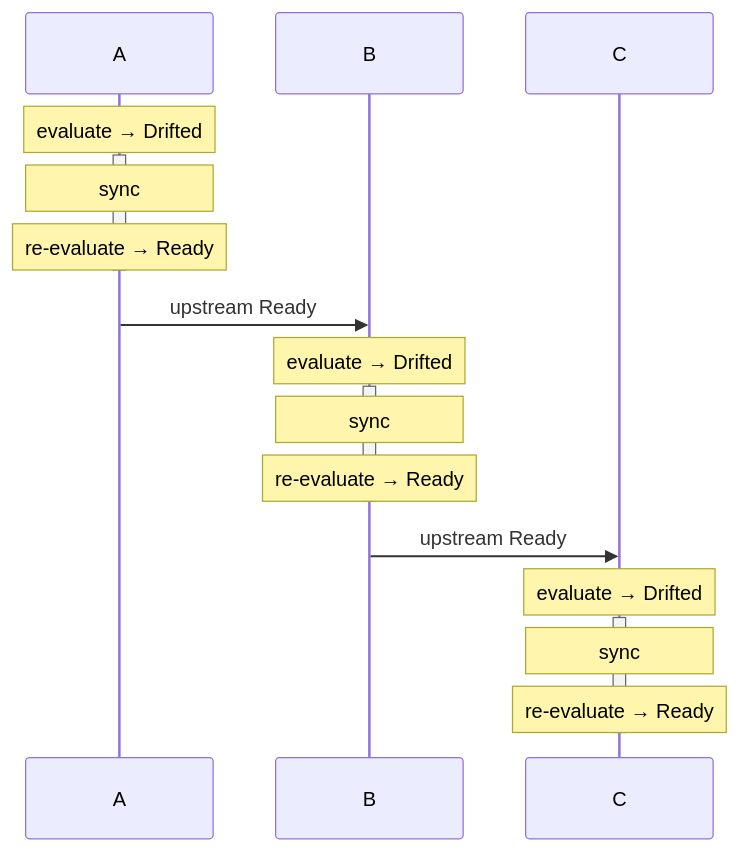
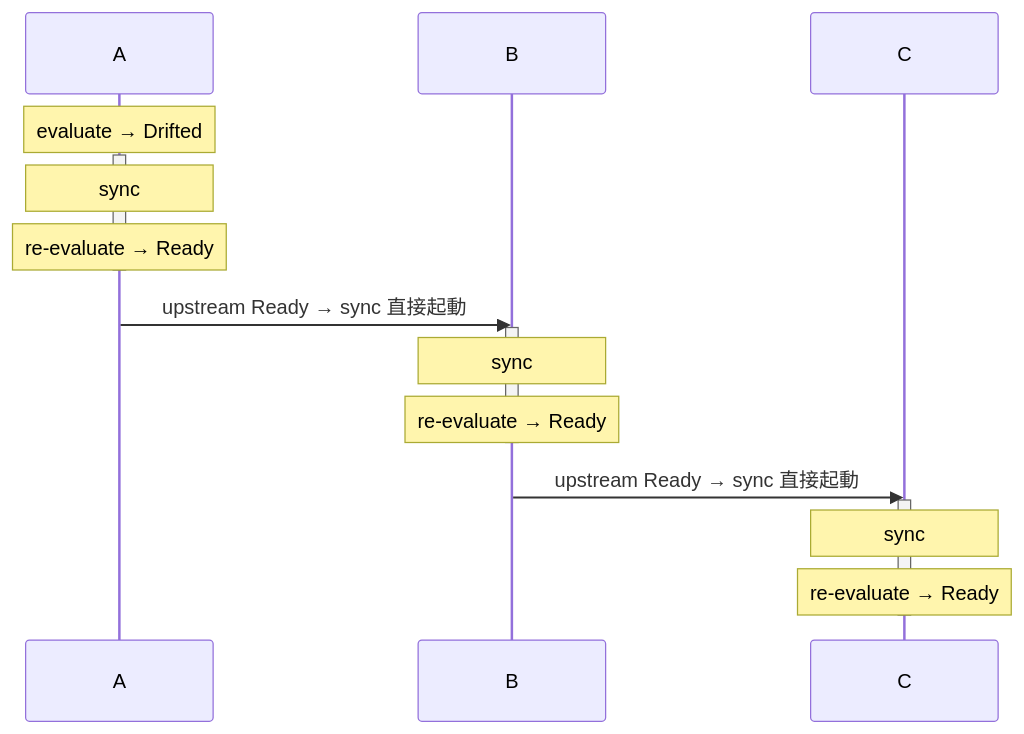
One commit to nagi-project/nagi changed the second of 13 diagrams in docs/architecture/serve-scenarios.md. Above: the diagram before and after it, drawn with Mermaid. The commit also changed other lines of this file and 19 other files, not shown here.

First line of the commit message:
feat: add evaluate/sync concurrency limits per Controller

````diff
--- a/docs/architecture/serve-scenarios.md
+++ b/docs/architecture/serve-scenarios.md
@@ -16,28 +19,24 @@
 ```mermaid
 sequenceDiagram
     participant A
     participant B
     participant C
 
     Note over A: evaluate → Drifted
     activate A
     Note over A: sync
     Note over A: re-evaluate → Ready
     deactivate A
 
-    A->>B: upstream Ready
-
-    Note over B: evaluate → Drifted
+    A->>B: upstream Ready → sync 直接起動
     activate B
     Note over B: sync
     Note over B: re-evaluate → Ready
     deactivate B
 
-    B->>C: upstream Ready
-
-    Note over C: evaluate → Drifted
+    B->>C: upstream Ready → sync 直接起動
     activate C
     Note over C: sync
     Note over C: re-evaluate → Ready
     deactivate C
 ```
````
